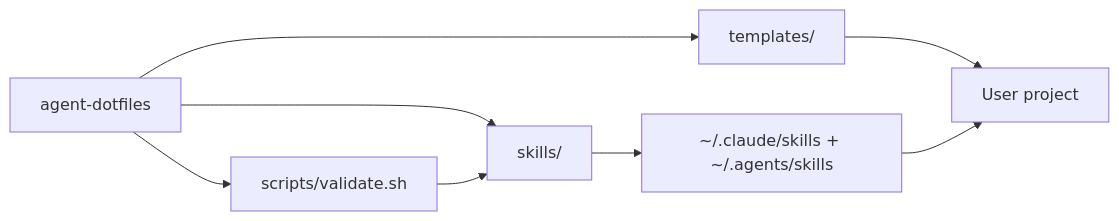
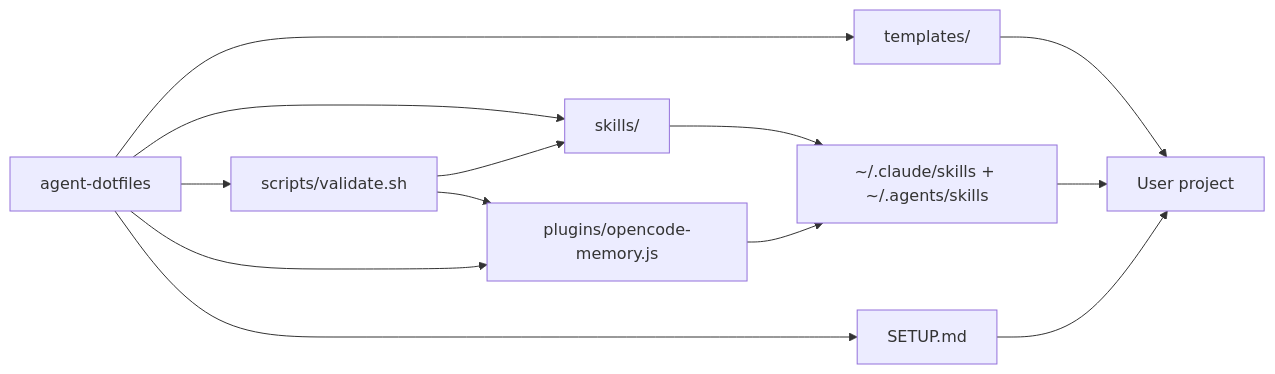
Before and after one commit to thenickz/agent-dotfiles: the diagram in architecture/flows.md, drawn with Mermaid. The commit also changed other lines of this file and 4 other files, not shown here.

````diff
--- a/architecture/flows.md
+++ b/architecture/flows.md
@@ -23,10 +37,15 @@
 ```mermaid
 flowchart LR
     A[agent-dotfiles] --> A1[templates/]
     A --> A2[skills/]
     A --> A3[scripts/validate.sh]
+    A --> A4[plugins/opencode-memory.js]
+    A --> A5[SETUP.md]
     A3 --> A2
+    A3 --> A4
     A2 --> B[~/.claude/skills + ~/.agents/skills]
+    A4 --> B
     A1 --> C[User project]
+    A5 --> C
     B --> C
 ```
````
